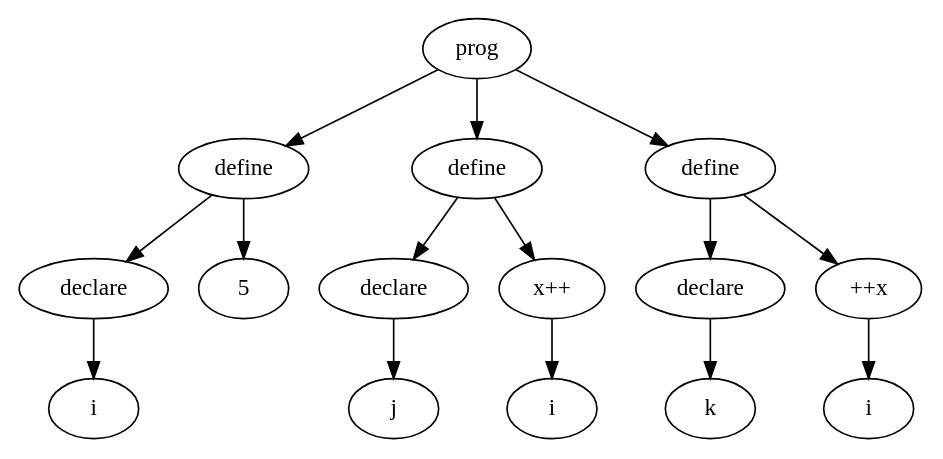
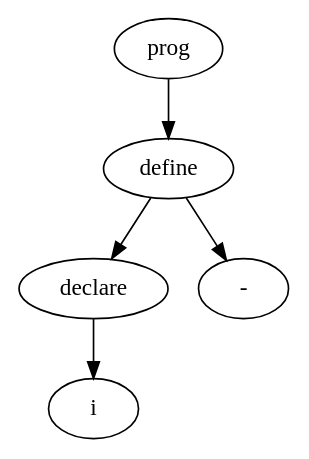
Before and after one commit to sampieters/compiler: the diagram in AST.dot, drawn with Graphviz. The commit also changed 6 other files, not shown here.

```diff
--- a/AST.dot
+++ b/AST.dot
@@ -1,31 +1,11 @@
 digraph AST {
 	node0[label="prog"]
 	node1[label="define"]
 	node0->node1
 	node2[label="declare"]
 	node1->node2
 	node3[label="i"]
 	node2->node3
-	node4[label="5"]
+	node4[label="-"]
 	node1->node4
-	node5[label="define"]
-	node0->node5
-	node6[label="declare"]
-	node5->node6
-	node7[label="j"]
-	node6->node7
-	node8[label="x++"]
-	node5->node8
-	node9[label="i"]
-	node8->node9
-	node10[label="define"]
-	node0->node10
-	node11[label="declare"]
-	node10->node11
-	node12[label="k"]
-	node11->node12
-	node13[label="++x"]
-	node10->node13
-	node14[label="i"]
-	node13->node14
 }
```
